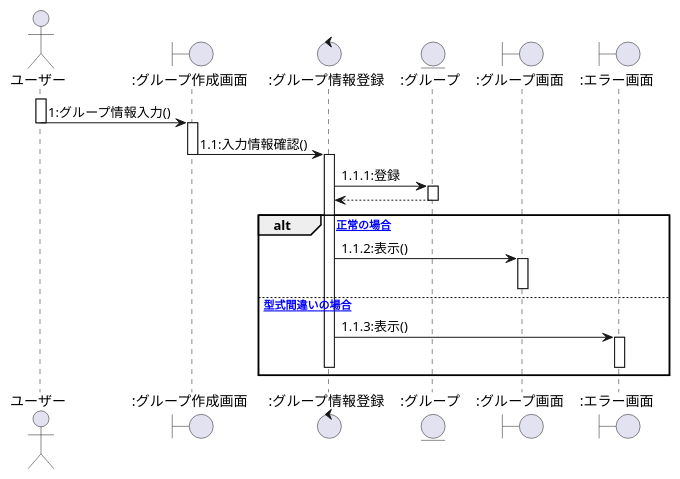
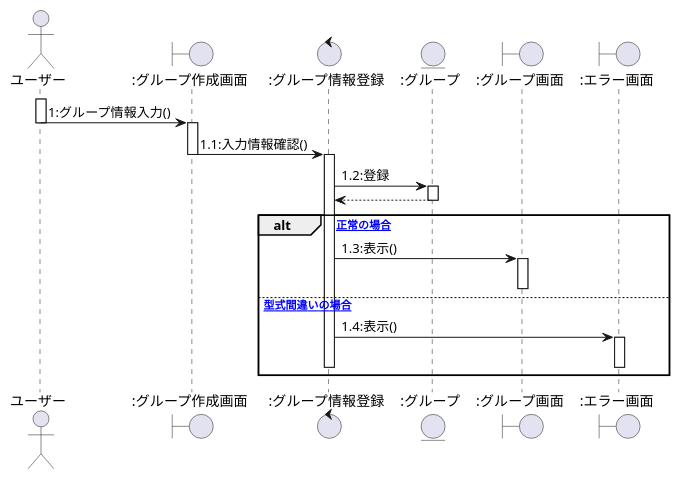
Before and after one commit to ksw2270227/GroupF: the first of 8 diagrams in user2_sequence.plantuml, drawn with PlantUML. The commit also changed other lines of this file and 1 other file, not shown here.

```diff
--- a/user2_sequence.plantuml
+++ b/user2_sequence.plantuml
@@ -1,31 +1,32 @@
 @startuml グループ作成シーケンス図
 actor ユーザー as 0
 boundary ":グループ作成画面" as a
 control ":グループ情報登録" as b
 entity ":グループ" as c
 boundary ":グループ画面" as d
 boundary ":エラー画面" as e
 
 activate 0
     0 -> a:1:グループ情報入力()
     deactivate 0
     activate a
+    
     a -> b:1.1:入力情報確認()
     deactivate a
     activate b
-    b -> c:1.1.1:登録
+    b -> c:1.2:登録
     activate c
     c --> b
     deactivate c
     alt [正常の場合]
-    b -> d:1.1.2:表示()
+    b -> d:1.3:表示()
     activate d
     deactivate d
     else [型式間違いの場合]
     
-    b -> e:1.1.3:表示()
+    b -> e:1.4:表示()
     activate e
     deactivate b
     deactivate e
     end
 @enduml
```
